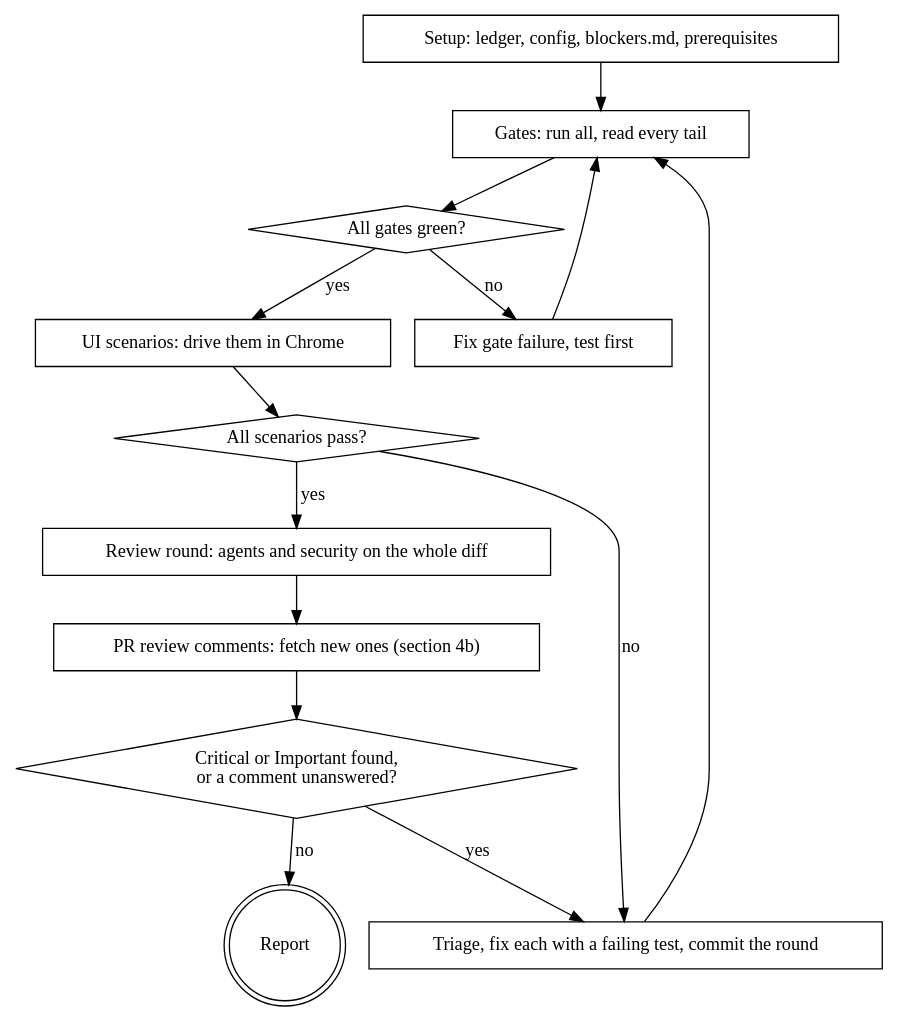
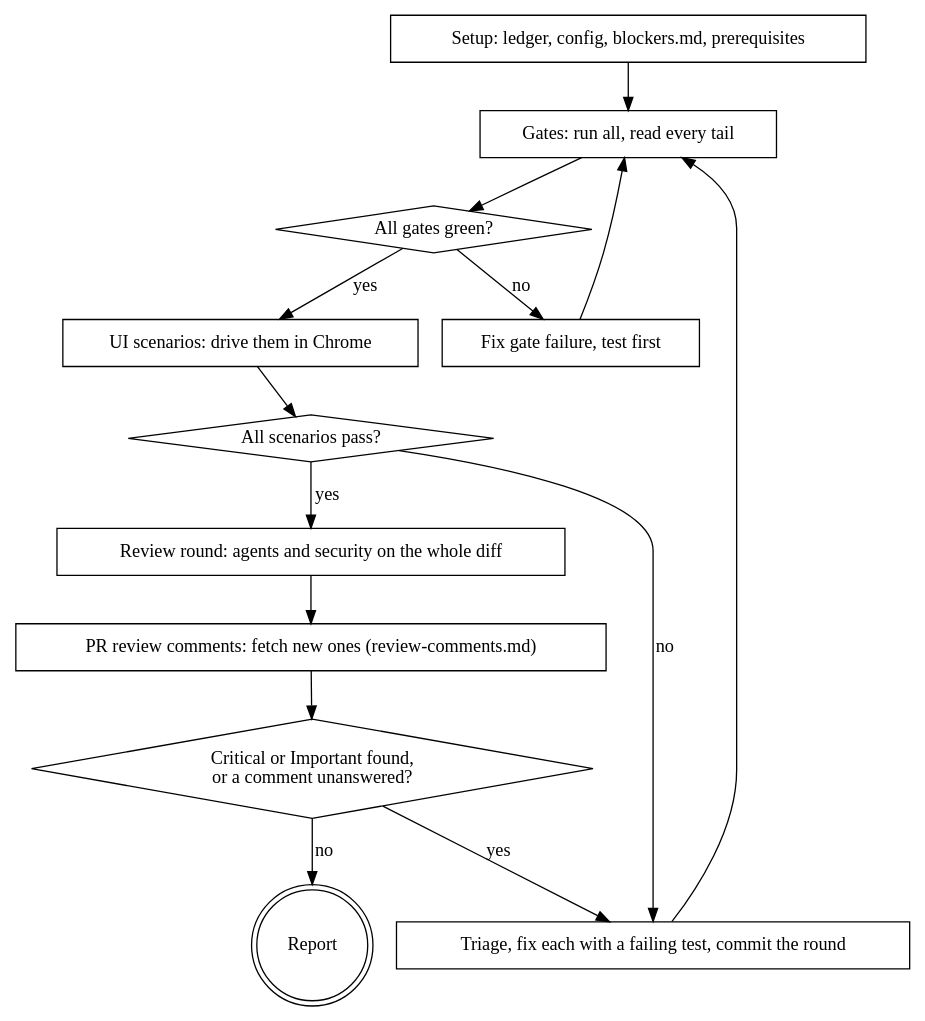
Before and after one commit to tarmopr/ai-skills: the diagram in skills/verify-and-fix/SKILL.md, drawn with Graphviz. The commit also changed other lines of this file and 2 other files, not shown here.

Commit message:
refactor(verify-and-fix): tool-neutral steps, review comments on demand

````diff
--- a/skills/verify-and-fix/SKILL.md
+++ b/skills/verify-and-fix/SKILL.md
@@ -48,29 +62,29 @@
 ```dot
 digraph loop {
   "Setup: ledger, config, blockers.md, prerequisites" [shape=box];
   "Gates: run all, read every tail" [shape=box];
   "All gates green?" [shape=diamond];
   "Fix gate failure, test first" [shape=box];
   "Review round: agents on the whole diff" [shape=box, label="Review round: agents and security on the whole diff"];
   "Critical or Important found?" [shape=diamond, label="Critical or Important found,\nor a comment unanswered?"];
   "Triage, fix each with a failing test, commit the round" [shape=box];
   "Report" [shape=doublecircle];
 
   "Setup: ledger, config, blockers.md, prerequisites" -> "Gates: run all, read every tail";
   "Gates: run all, read every tail" -> "All gates green?";
   "All gates green?" -> "Fix gate failure, test first" [label="no"];
   "Fix gate failure, test first" -> "Gates: run all, read every tail";
   "UI scenarios: drive them in Chrome" [shape=box];
   "All scenarios pass?" [shape=diamond];
   "All gates green?" -> "UI scenarios: drive them in Chrome" [label="yes"];
   "UI scenarios: drive them in Chrome" -> "All scenarios pass?";
   "All scenarios pass?" -> "Triage, fix each with a failing test, commit the round" [label="no"];
   "All scenarios pass?" -> "Review round: agents on the whole diff" [label="yes"];
-  "PR review comments: fetch new ones (section 4b)" [shape=box];
-  "Review round: agents on the whole diff" -> "PR review comments: fetch new ones (section 4b)";
-  "PR review comments: fetch new ones (section 4b)" -> "Critical or Important found?";
+  "PR review comments: fetch new ones (review-comments.md)" [shape=box];
+  "Review round: agents on the whole diff" -> "PR review comments: fetch new ones (review-comments.md)";
+  "PR review comments: fetch new ones (review-comments.md)" -> "Critical or Important found?";
   "Critical or Important found?" -> "Triage, fix each with a failing test, commit the round" [label="yes"];
   "Triage, fix each with a failing test, commit the round" -> "Gates: run all, read every tail";
   "Critical or Important found?" -> "Report" [label="no"];
 }
 ```
````
